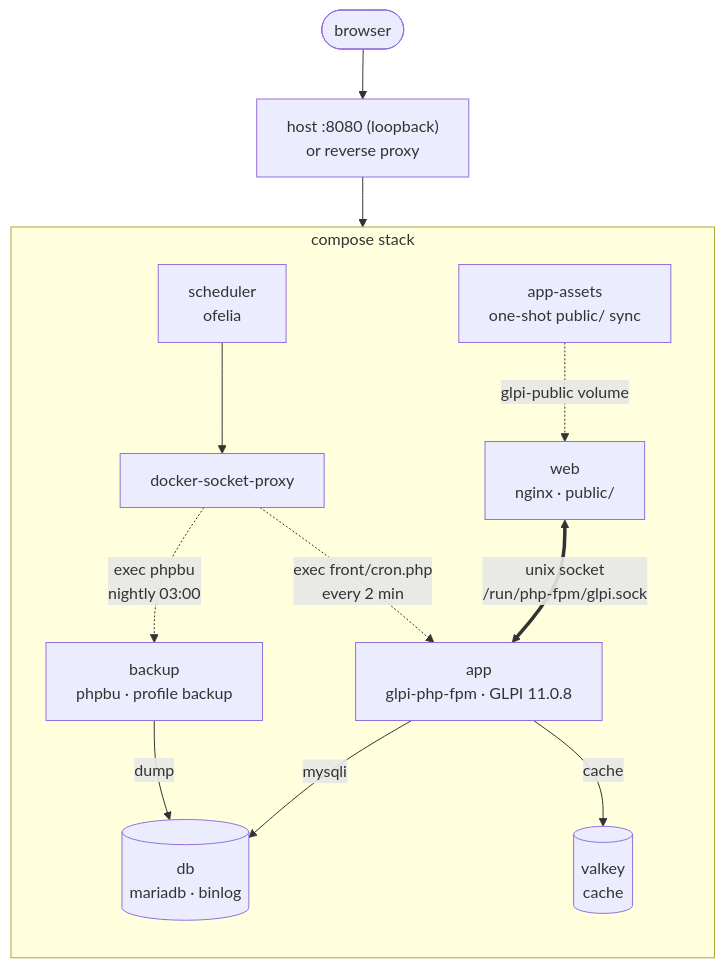
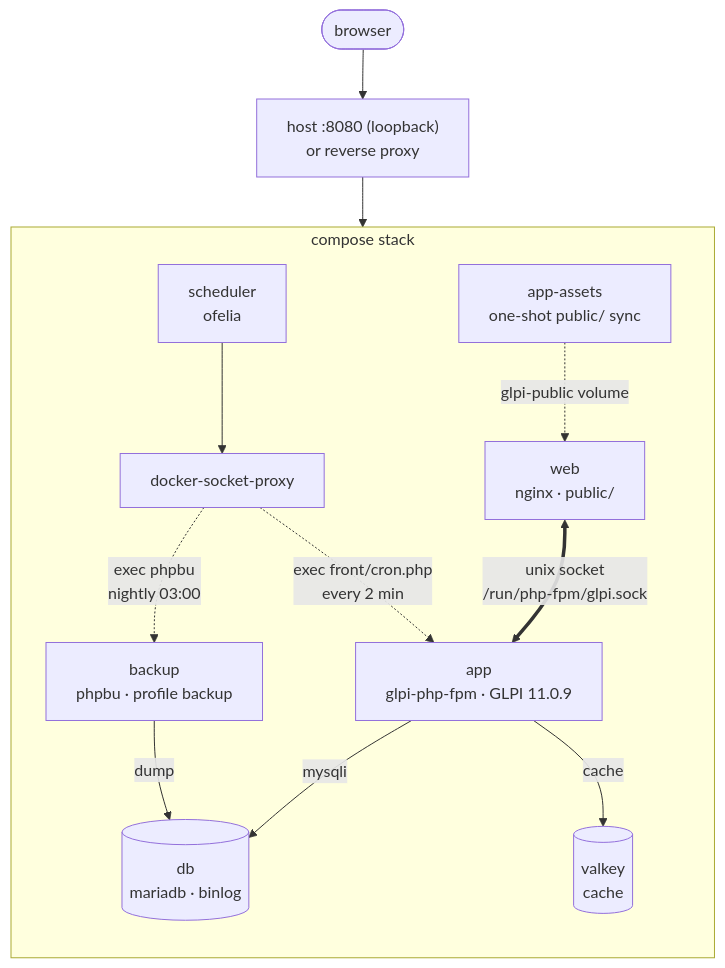
One commit to netresearch/glpi-docker-compose-stack changed the diagram in README.md. Above: the diagram before and after it, drawn with Mermaid. The commit also changed other lines of this file and 8 other files, not shown here.

````diff
--- a/README.md
+++ b/README.md
@@ -26,27 +26,27 @@
 ```mermaid
 flowchart TB
     browser(["browser"]) --> ingress["host :8080 (loopback)<br>or reverse proxy"]
 
     subgraph stack["compose stack"]
         direction TB
         web["web<br>nginx · public/"]
         assets["app-assets<br>one-shot public/ sync"]
-        app["app<br>glpi-php-fpm · GLPI 11.0.8"]
+        app["app<br>glpi-php-fpm · GLPI 11.0.9"]
         db[("db<br>mariadb · binlog")]
         cache[("valkey<br>cache")]
         scheduler["scheduler<br>ofelia"]
         dsp["docker-socket-proxy"]
         backup["backup<br>phpbu · profile backup"]
 
         assets -. "glpi-public volume" .-> web
         web <== "unix socket<br>/run/php-fpm/glpi.sock" ==> app
         app -- mysqli --> db
         app -- cache --> cache
         scheduler --> dsp
         dsp -. "exec front/cron.php<br>every 2 min" .-> app
         dsp -. "exec phpbu<br>nightly 03:00" .-> backup
         backup -- dump --> db
     end
 
     ingress --> web
 ```
````
